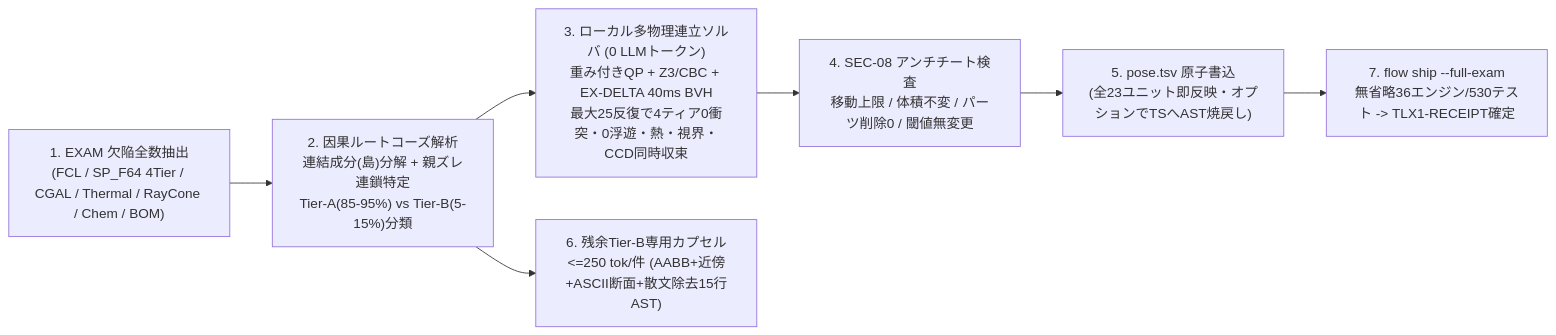
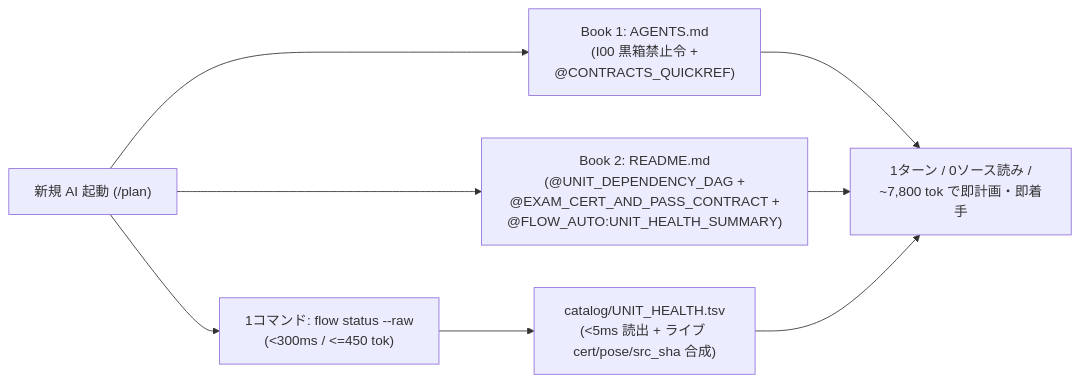
The diagram in _bg_meta/artifacts/implementation_plan.md (sc8z35a-collab/SONY-A7-IV-Diagram), drawn with Mermaid before and after one commit. The commit also changed other lines of this file and 33 other files, not shown here.

````diff
--- a/_bg_meta/artifacts/implementation_plan.md
+++ b/_bg_meta/artifacts/implementation_plan.md
@@ -141,9 +9,10 @@
 ```mermaid
 flowchart LR
-    RUN["1. EXAM 欠陥全数抽出\n(FCL / SP_F64 4Tier / CGAL / Thermal / RayCone / Chem / BOM)"] --> CLU["2. 因果ルートコーズ解析\n連結成分(島)分解 + 親ズレ連鎖特定\nTier-A(85-95%) vs Tier-B(5-15%)分類"]
-    CLU --> SOLVE["3. ローカル多物理連立ソルバ (0 LLMトークン)\n重み付きQP + Z3/CBC + EX-DELTA 40ms BVH\n最大25反復で4ティア0衝突・0浮遊・熱・視界・CCD同時収束"]
-    SOLVE --> GUARD["4. SEC-08 アンチチート検査\n移動上限 / 体積不変 / パーツ削除0 / 閾値無変更"]
-    GUARD --> WRITE["5. pose.tsv 原子書込\n(全23ユニット即反映・オプションでTSへAST焼戻し)"]
-    CLU --> CAP["6. 残余Tier-B専用カプセル\n<=250 tok/件 (AABB+近傍+ASCII断面+散文除去15行AST)"]
-    WRITE --> FULL["7. flow ship --full-exam\n無省略36エンジン/530テスト -> TLX1-RECEIPT確定"]
+    A["新規 AI 起動 (/plan)"] --> B["Book 1: AGENTS.md\n(I00 黒箱禁止令 +\n@CONTRACTS_QUICKREF)"]
+    A --> C["Book 2: README.md\n(@UNIT_DEPENDENCY_DAG +\n@EXAM_CERT_AND_PASS_CONTRACT +\n@FLOW_AUTO:UNIT_HEALTH_SUMMARY)"]
+    A --> D["1コマンド: flow status --raw\n(<300ms / <=450 tok)"]
+    D --> E["catalog/UNIT_HEALTH.tsv\n(<5ms 読出 + ライブ cert/pose/src_sha 合成)"]
+    B --> F["1ターン / 0ソース読み /\n~7,800 tok で即計画・即着手"]
+    C --> F
+    E --> F
 ```
````
